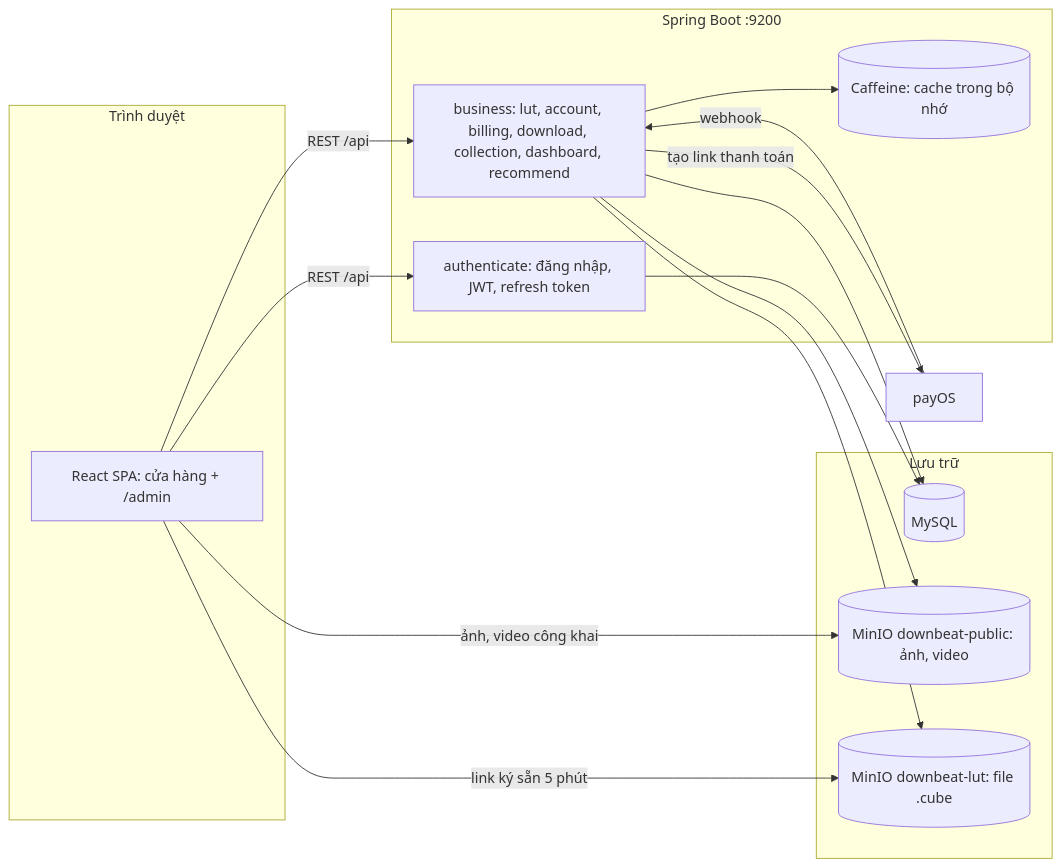
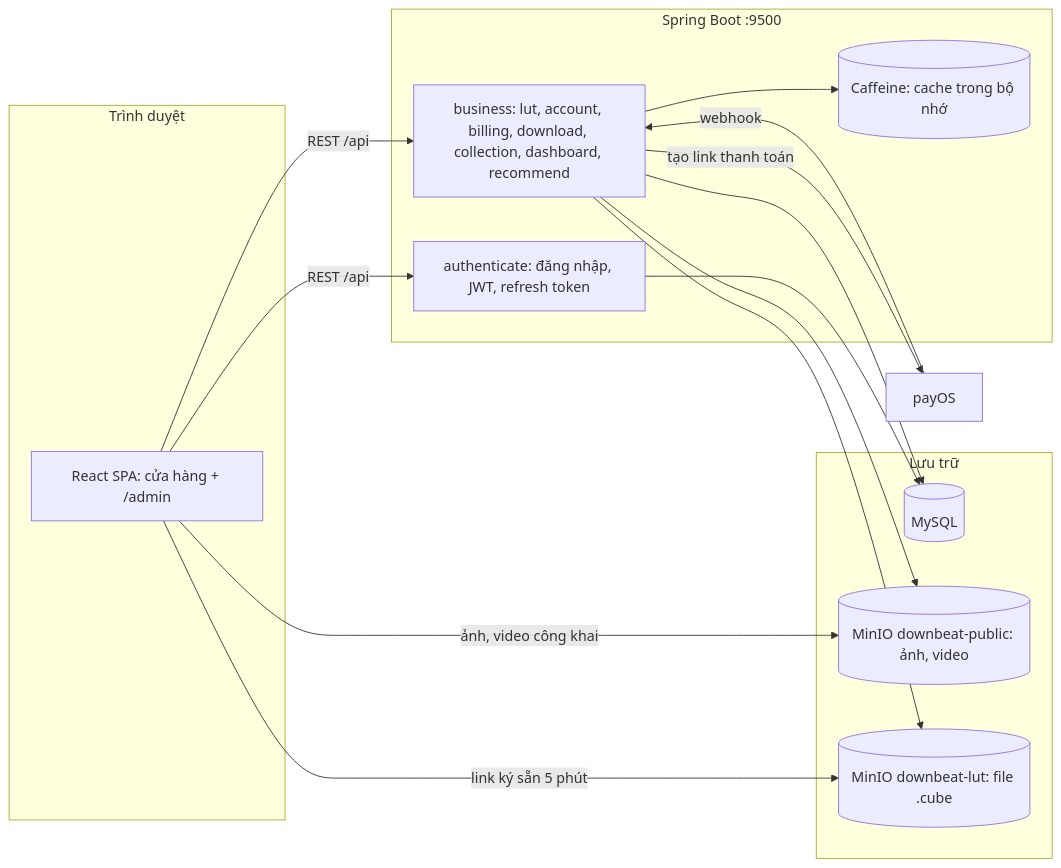
One commit to Julytus/downBeatt changed the first of 8 diagrams in docs/tai-lieu-thiet-ke.md. Above: the diagram before and after it, drawn with Mermaid. The commit also changed other lines of this file and 71 other files, not shown here.

````diff
--- a/docs/tai-lieu-thiet-ke.md
+++ b/docs/tai-lieu-thiet-ke.md
@@ -212,28 +212,28 @@
 ```mermaid
 flowchart LR
   subgraph Trinh_duyet[Trình duyệt]
     FE[React SPA: cửa hàng + /admin]
   end
-  subgraph Backend[Spring Boot :9200]
+  subgraph Backend[Spring Boot :9500]
     AUTH[authenticate: đăng nhập, JWT, refresh token]
     BIZ[business: lut, account, billing, download, collection, dashboard, recommend]
     CACHE[(Caffeine: cache trong bộ nhớ)]
   end
   subgraph Luu_tru[Lưu trữ]
     DB[(MySQL)]
     PUB[(MinIO downbeat-public: ảnh, video)]
     PRI[(MinIO downbeat-lut: file .cube)]
   end
   PAYOS[payOS]
   FE -- REST /api --> AUTH
   FE -- REST /api --> BIZ
   BIZ --> CACHE
   AUTH --> DB
   BIZ --> DB
   BIZ --> PUB
   BIZ --> PRI
   BIZ -- tạo link thanh toán --> PAYOS
   PAYOS -- webhook --> BIZ
   FE -- ảnh, video công khai --> PUB
   FE -- link ký sẵn 5 phút --> PRI
 ```
````
